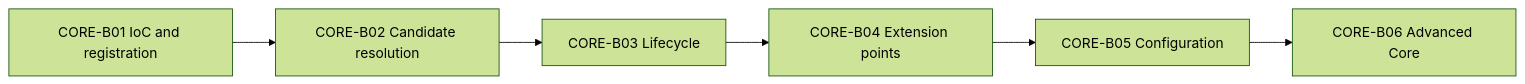
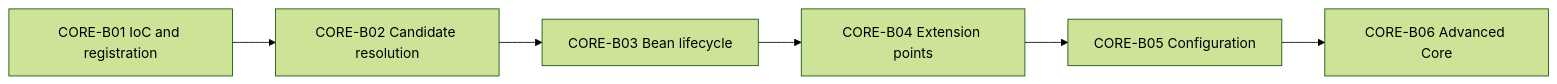
One commit to alimbetov/obsidian changed the diagram in 30_CERTIFICATIONS/Spring/2V0-72.22/Spring Core Card Roadmap.md. Above: the diagram before and after it, drawn with Mermaid (forest theme). The commit also changed other lines of this file, not shown here.

Commit message:
Mark Spring CORE-B03 lifecycle batch published

````diff
--- a/30_CERTIFICATIONS/Spring/2V0-72.22/Spring Core Card Roadmap.md
+++ b/30_CERTIFICATIONS/Spring/2V0-72.22/Spring Core Card Roadmap.md
@@ -46,8 +46,8 @@
 ```mermaid
 flowchart LR
     B1[CORE-B01 IoC and registration] --> B2[CORE-B02 Candidate resolution]
-    B2 --> B3[CORE-B03 Lifecycle]
+    B2 --> B3[CORE-B03 Bean lifecycle]
     B3 --> B4[CORE-B04 Extension points]
     B4 --> B5[CORE-B05 Configuration]
     B5 --> B6[CORE-B06 Advanced Core]
 ```
````
